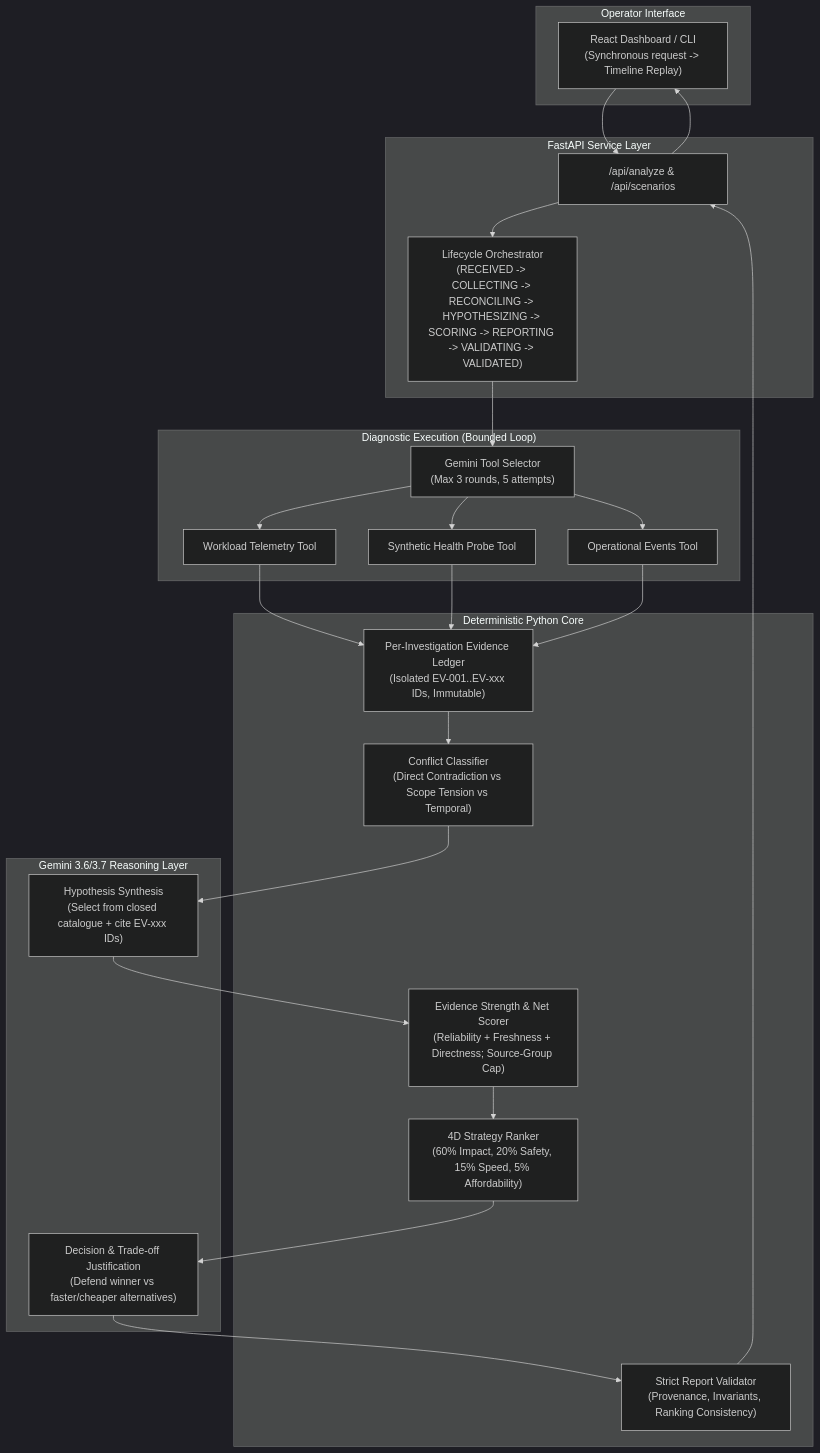
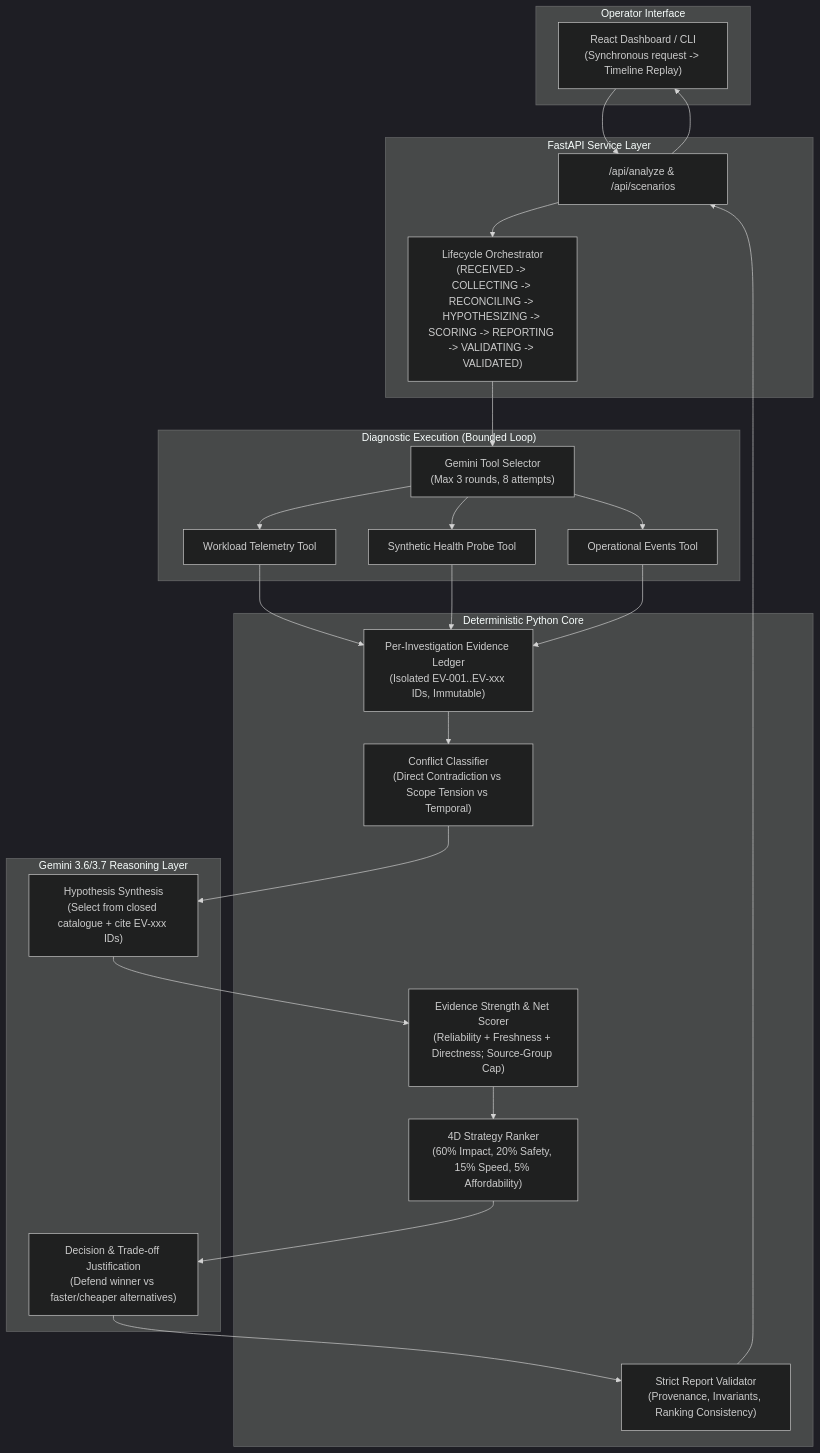
Before and after one commit to AnasBabari/LEC_AI: the diagram in README.md, drawn with Mermaid (dark theme). The commit also changed other lines of this file and 16 other files, not shown here.

````diff
--- a/README.md
+++ b/README.md
@@ -27,45 +27,45 @@
 ```mermaid
 flowchart TD
     subgraph UI ["Operator Interface"]
         UI_Dash["React Dashboard / CLI\n(Synchronous request -> Timeline Replay)"]
     end
 
     subgraph API ["FastAPI Service Layer"]
         API_Endpoints["/api/analyze & /api/scenarios"]
         State_Machine["Lifecycle Orchestrator\n(RECEIVED -> COLLECTING -> RECONCILING -> HYPOTHESIZING -> SCORING -> REPORTING -> VALIDATING -> VALIDATED)"]
     end
 
     subgraph Tooling ["Diagnostic Execution (Bounded Loop)"]
-        Gemini_Selector["Gemini Tool Selector\n(Max 3 rounds, 5 attempts)"]
+        Gemini_Selector["Gemini Tool Selector\n(Max 3 rounds, 8 attempts)"]
         Tool_Telemetry["Workload Telemetry Tool"]
         Tool_Probes["Synthetic Health Probe Tool"]
         Tool_Events["Operational Events Tool"]
     end
 
     subgraph DeterministicCore ["Deterministic Python Core"]
         Ledger["Per-Investigation Evidence Ledger\n(Isolated EV-001..EV-xxx IDs, Immutable)"]
         Conflict_Engine["Conflict Classifier\n(Direct Contradiction vs Scope Tension vs Temporal)"]
         Cause_Evaluator["Evidence Strength & Net Scorer\n(Reliability + Freshness + Directness; Source-Group Cap)"]
         Strategy_Ranker["4D Strategy Ranker\n(60% Impact, 20% Safety, 15% Speed, 5% Affordability)"]
         Validator["Strict Report Validator\n(Provenance, Invariants, Ranking Consistency)"]
     end
 
     subgraph LLM_Reasoning ["Gemini 3.6/3.7 Reasoning Layer"]
         Hypothesis_Gen["Hypothesis Synthesis\n(Select from closed catalogue + cite EV-xxx IDs)"]
         Decision_Explainer["Decision & Trade-off Justification\n(Defend winner vs faster/cheaper alternatives)"]
     end
 
     UI_Dash --> API_Endpoints
     API_Endpoints --> State_Machine
     State_Machine --> Gemini_Selector
     Gemini_Selector --> Tool_Telemetry & Tool_Probes & Tool_Events
     Tool_Telemetry & Tool_Probes & Tool_Events --> Ledger
     Ledger --> Conflict_Engine
     Conflict_Engine --> Hypothesis_Gen
     Hypothesis_Gen --> Cause_Evaluator
     Cause_Evaluator --> Strategy_Ranker
     Strategy_Ranker --> Decision_Explainer
     Decision_Explainer --> Validator
     Validator --> API_Endpoints
     API_Endpoints --> UI_Dash
 ```
````
